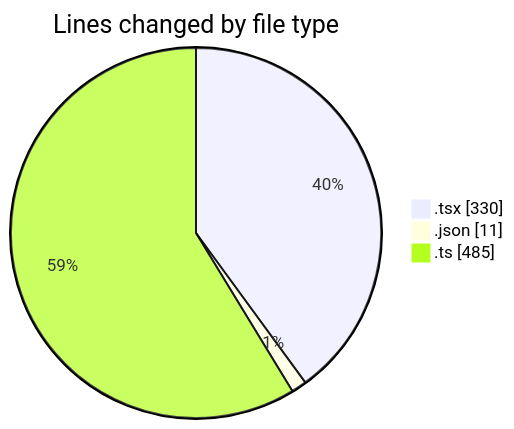
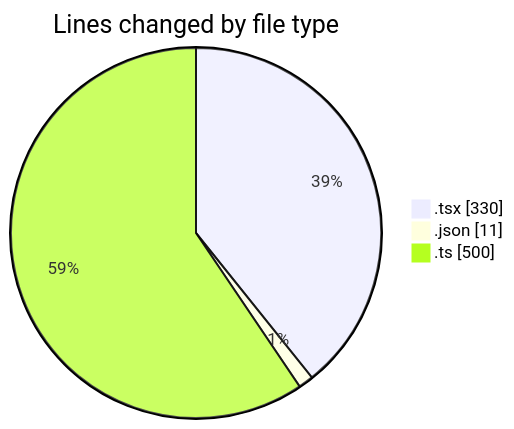
The first of 2 diagrams in 2025-05-12/cda/README.md (momahboobian/code-tracking), drawn with Mermaid before and after one commit. The commit also changed other lines of this file and 1 other file, not shown here.

````diff
--- a/2025-05-12/cda/README.md
+++ b/2025-05-12/cda/README.md
@@ -31,7 +31,7 @@
 ```mermaid
 pie showData
 title Lines changed by file type
 ".tsx" : 330
 ".json" : 11
-".ts" : 485
+".ts" : 500
 ```
````
